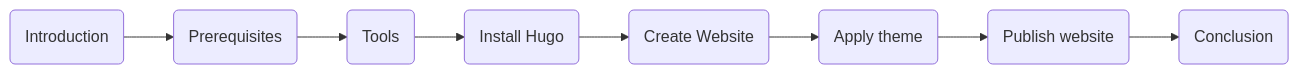
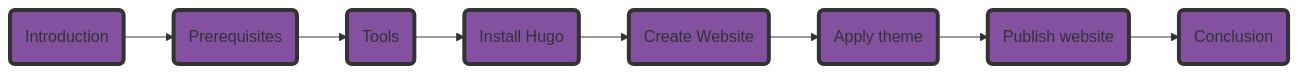
One commit to svaus/blog changed the diagram in content/posts/createwebsiteusinghugo.md. Above: the diagram before and after it, drawn with Mermaid. The commit also changed 2 other files, not shown here.

Commit message:
added style to mermaid

```diff
--- a/content/posts/createwebsiteusinghugo.md
+++ b/content/posts/createwebsiteusinghugo.md
@@ -8,12 +8,21 @@
 {{<mermaid>}}
 
 graph LR
   A("Introduction")
   A-->B("Prerequisites")
   B-->C("Tools")
   C-->D("Install Hugo")
   D-->E("Create Website")
   E-->F("Apply theme")
   F-->G("Publish website")
   G-->H("Conclusion")
+
+  style A fill:#8451a1,stroke:#333,stroke-width:4px
+  style B fill:#8451a1,stroke:#333,stroke-width:4px
+  style C fill:#8451a1,stroke:#333,stroke-width:4px
+  style D fill:#8451a1,stroke:#333,stroke-width:4px
+  style E fill:#8451a1,stroke:#333,stroke-width:4px
+  style F fill:#8451a1,stroke:#333,stroke-width:4px
+  style G fill:#8451a1,stroke:#333,stroke-width:4px
+  style H fill:#8451a1,stroke:#333,stroke-width:4px
 {{</mermaid>}}
```
